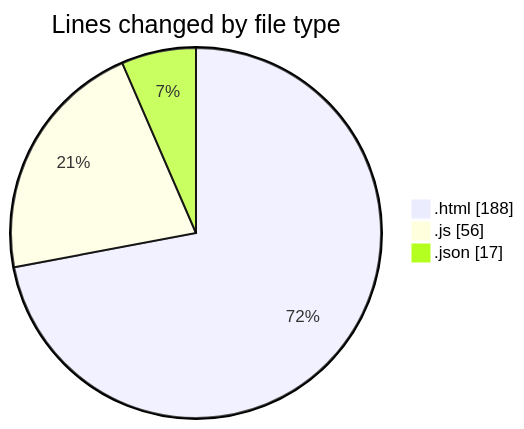
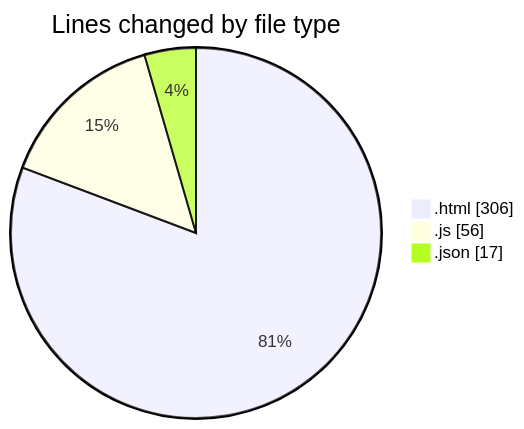
Before and after one commit to IJAZ3593/code-tracking: the first of 2 diagrams in 2025-09-04/tailwind/README.md, drawn with Mermaid. The commit also changed other lines of this file and 1 other file, not shown here.

````diff
--- a/2025-09-04/tailwind/README.md
+++ b/2025-09-04/tailwind/README.md
@@ -25,7 +26,7 @@
 ```mermaid
 pie showData
 title Lines changed by file type
-".html" : 188
+".html" : 306
 ".js" : 56
 ".json" : 17
 ```
````
